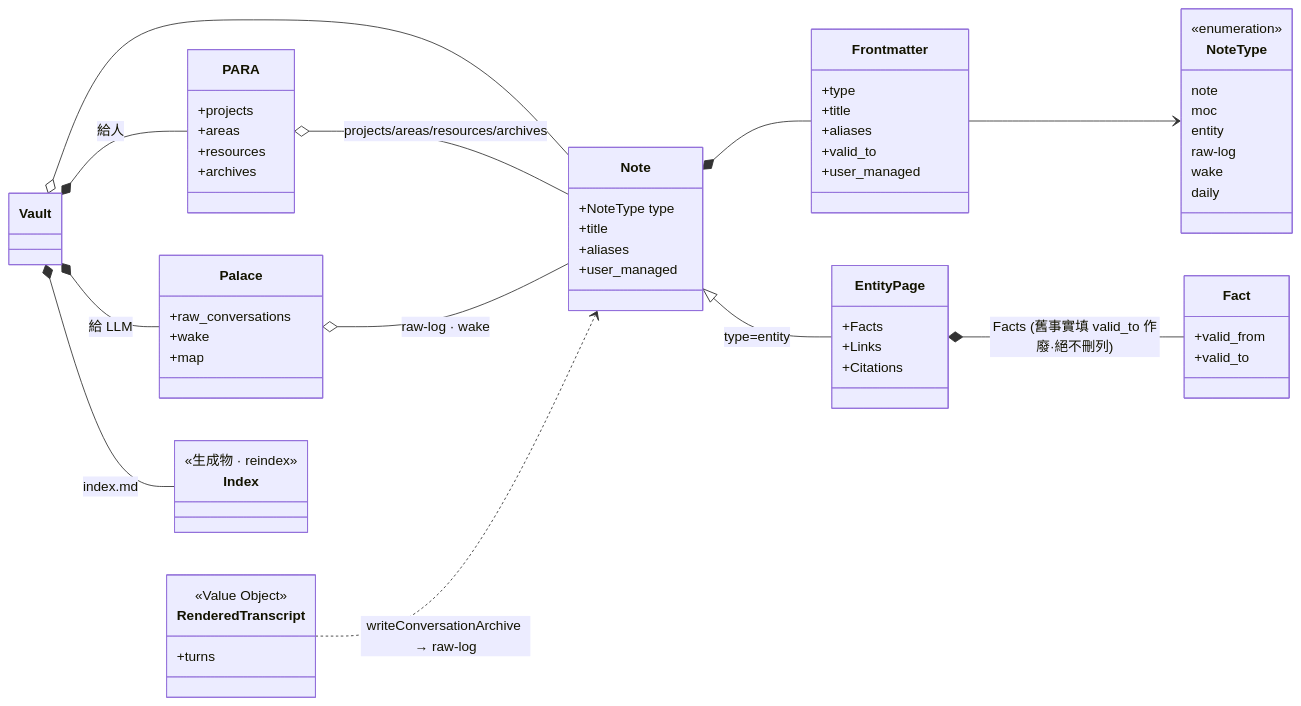
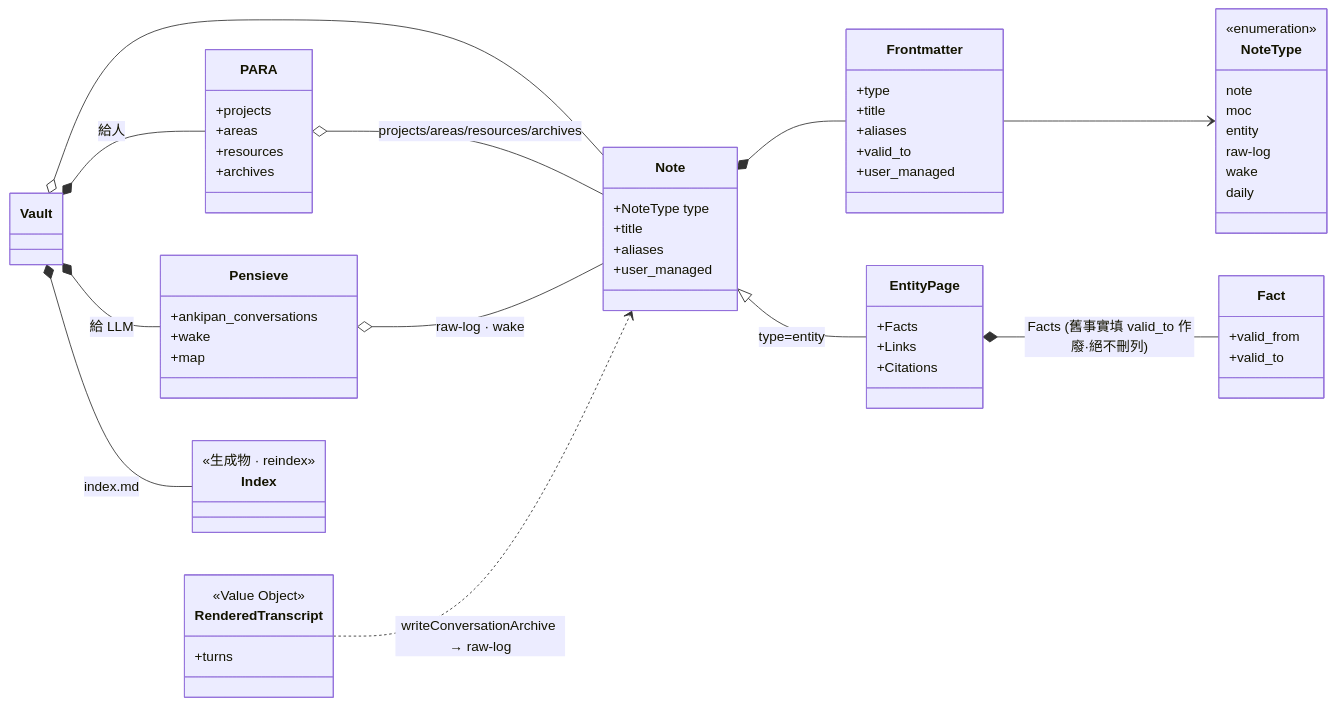
One commit to neokn/elegent changed the first of 5 diagrams in docs/architecture/4plus1.md. Above: the diagram before and after it, drawn with Mermaid. The commit also changed other lines of this file and 55 other files, not shown here.

First line of the commit message:
refactor(rename)!: digest→distil、palace→pensieve、raw→ankipan 全域改名

````diff
--- a/docs/architecture/4plus1.md
+++ b/docs/architecture/4plus1.md
@@ -22,66 +22,66 @@
 ```mermaid
 classDiagram
     direction LR
     class Vault
     class Note {
       +NoteType type
       +title
       +aliases
       +user_managed
     }
     class NoteType {
       <<enumeration>>
       note
       moc
       entity
       raw-log
       wake
       daily
     }
     class Frontmatter {
       +type
       +title
       +aliases
       +valid_to
       +user_managed
     }
     class PARA {
       +projects
       +areas
       +resources
       +archives
     }
-    class Palace {
-      +raw_conversations
+    class Pensieve {
+      +ankipan_conversations
       +wake
       +map
     }
     class EntityPage {
       +Facts
       +Links
       +Citations
     }
     class Fact {
       +valid_from
       +valid_to
     }
     class RenderedTranscript {
       <<Value Object>>
       +turns
     }
     class Index {
       <<生成物 · reindex>>
     }
 
     Vault *-- PARA : 給人
-    Vault *-- Palace : 給 LLM
+    Vault *-- Pensieve : 給 LLM
     Vault *-- Index : index.md
     Vault o-- Note
     Note *-- Frontmatter
     Frontmatter --> NoteType
     Note <|-- EntityPage : type=entity
     EntityPage *-- Fact : Facts (舊事實填 valid_to 作廢·絕不刪列)
     PARA o-- Note : projects/areas/resources/archives
-    Palace o-- Note : raw-log · wake
+    Pensieve o-- Note : raw-log · wake
     RenderedTranscript ..> Note : writeConversationArchive → raw-log
 ```
````
